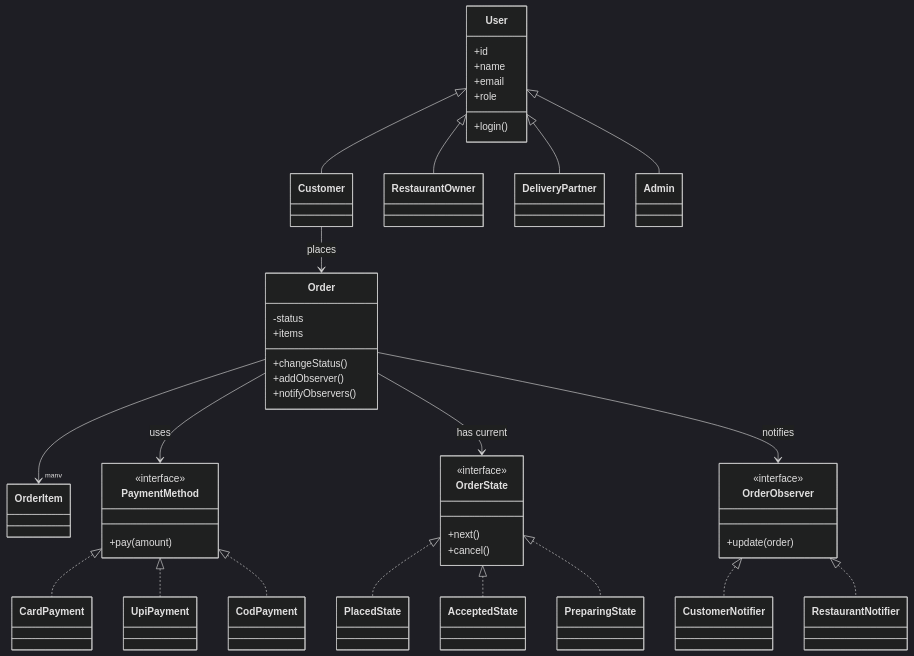
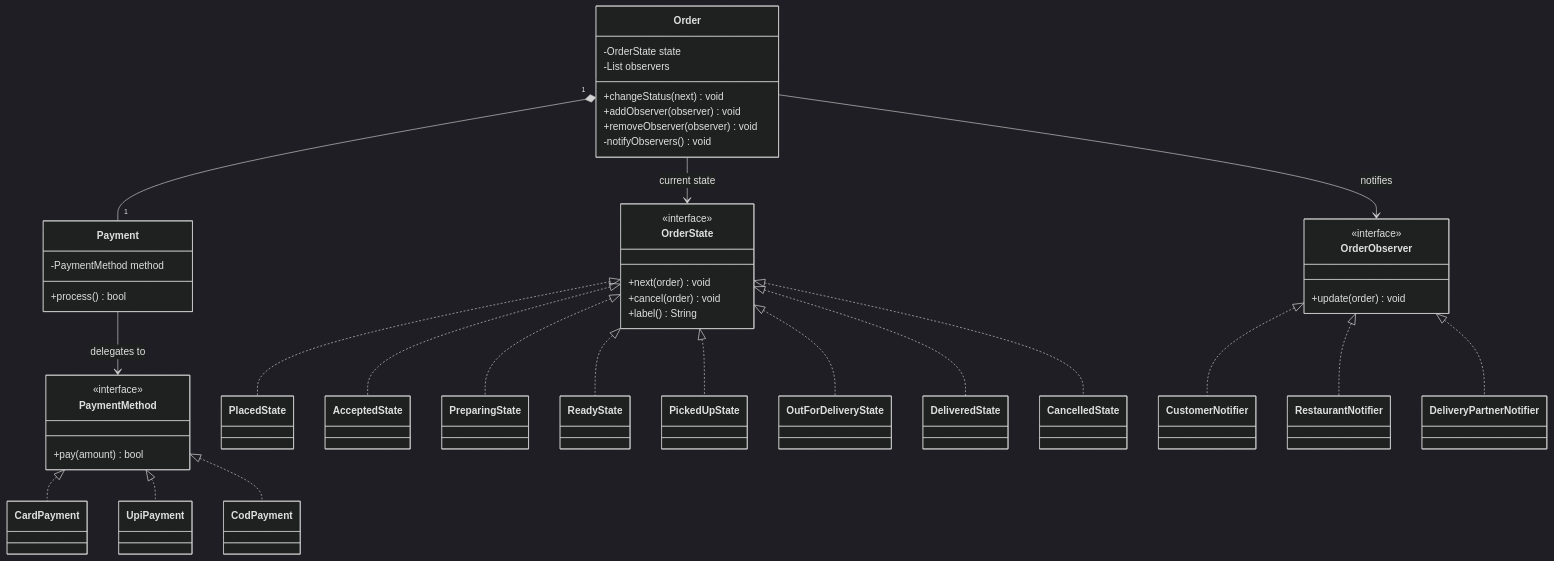
One commit to madhavcodes25/hungry-bird changed the second of 2 diagrams in docs/class-diagram.md. Above: the diagram before and after it, drawn with Mermaid (dark theme). The commit also changed other lines of this file, not shown here.

Commit message:
updated class-diagrams

````diff
--- a/docs/class-diagram.md
+++ b/docs/class-diagram.md
@@ -1,51 +119,67 @@
 ```mermaid
 classDiagram
-    class User {
-        +id
-        +name
-        +email
-        +role
-        +login()
+    class Order {
+        -OrderState state
+        -List observers
+        +changeStatus(next) void
+        +addObserver(observer) void
+        +removeObserver(observer) void
+        -notifyObservers() void
     }
-    User <|-- Customer
-    User <|-- RestaurantOwner
-    User <|-- DeliveryPartner
-    User <|-- Admin
 
-    class Order {
-        -status
-        +items
-        +changeStatus()
-        +addObserver()
-        +notifyObservers()
+    class Payment {
+        -PaymentMethod method
+        +process() bool
     }
-    Customer --> Order : places
-    Order --> "many" OrderItem
-
     class PaymentMethod {
         <<interface>>
-        +pay(amount)
+        +pay(amount) bool
     }
+    class CardPayment
+    class UpiPayment
+    class CodPayment
+
+    class OrderState {
+        <<interface>>
+        +next(order) void
+        +cancel(order) void
+        +label() String
+    }
+    class PlacedState
+    class AcceptedState
+    class PreparingState
+    class ReadyState
+    class PickedUpState
+    class OutForDeliveryState
+    class DeliveredState
+    class CancelledState
+
+    class OrderObserver {
+        <<interface>>
+        +update(order) void
+    }
+    class CustomerNotifier
+    class RestaurantNotifier
+    class DeliveryPartnerNotifier
+
+    Order "1" *-- "1" Payment
+    Payment --> PaymentMethod : delegates to
     PaymentMethod <|.. CardPayment
     PaymentMethod <|.. UpiPayment
     PaymentMethod <|.. CodPayment
-    Order --> PaymentMethod : uses
 
-    class OrderState {
-        <<interface>>
-        +next()
-        +cancel()
-    }
+    Order --> OrderState : current state
     OrderState <|.. PlacedState
     OrderState <|.. AcceptedState
     OrderState <|.. PreparingState
-    Order --> OrderState : has current
+    OrderState <|.. ReadyState
+    OrderState <|.. PickedUpState
+    OrderState <|.. OutForDeliveryState
+    OrderState <|.. DeliveredState
+    OrderState <|.. CancelledState
 
-    class OrderObserver {
-        <<interface>>
-        +update(order)
-    }
+    Order --> OrderObserver : notifies
     OrderObserver <|.. CustomerNotifier
     OrderObserver <|.. RestaurantNotifier
-    Order --> OrderObserver : notifies
+    OrderObserver <|.. DeliveryPartnerNotifier
 ```
````
